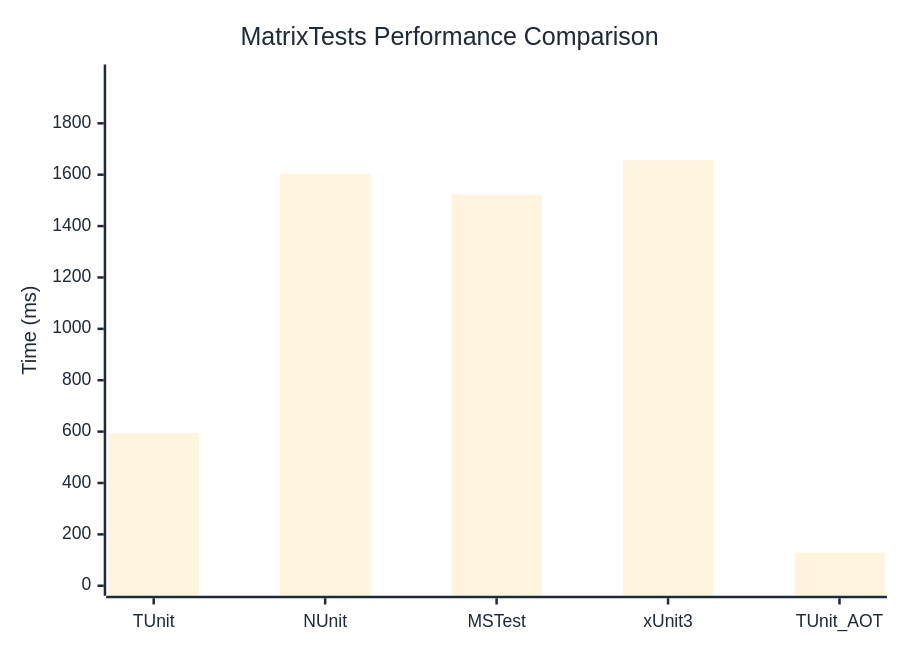
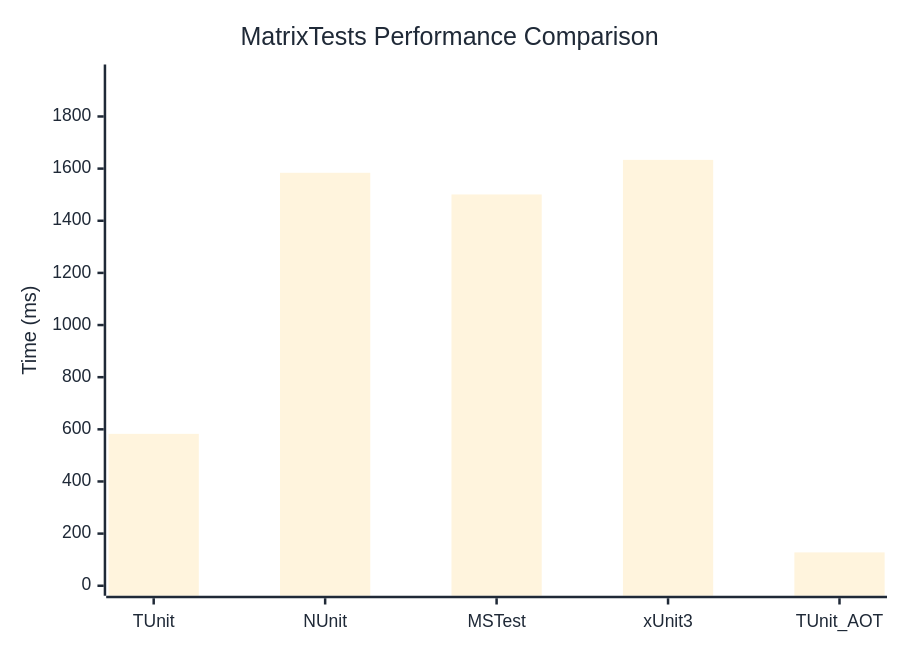
One commit to weiyilai/TUnit changed the diagram in docs/docs/benchmarks/MatrixTests.md. Above: the diagram before and after it, drawn with Mermaid. The commit also changed other lines of this file and 17 other files, not shown here.

````diff
--- a/docs/docs/benchmarks/MatrixTests.md
+++ b/docs/docs/benchmarks/MatrixTests.md
@@ -27,37 +27,37 @@
 ```mermaid
 %%{init: {
   'theme':'base',
   'themeVariables': {
     'primaryColor': '#2563eb',
     'primaryTextColor': '#1f2937',
     'primaryBorderColor': '#1e40af',
     'lineColor': '#6b7280',
     'secondaryColor': '#7c3aed',
     'tertiaryColor': '#dc2626',
     'background': '#ffffff',
     'mainBkg': '#2563eb',
     'secondBkg': '#7c3aed',
     'tertiaryBkg': '#dc2626',
     'clusterBkg': '#f3f4f6',
     'edgeLabelBackground': '#ffffff',
     'tertiaryTextColor': '#1f2937',
     'pie1': '#2563eb',
     'pie2': '#7c3aed',
     'pie3': '#dc2626',
     'pie4': '#f59e0b',
     'pie5': '#10b981',
     'pie6': '#06b6d4',
     'pie7': '#ec4899',
     'pie8': '#6366f1',
     'pie9': '#84cc16',
     'pie10': '#f97316',
     'pie11': '#14b8a6',
     'pie12': '#a855f7'
   }
 }}%%
 xychart-beta
   title "MatrixTests Performance Comparison"
   x-axis ["TUnit", "NUnit", "MSTest", "xUnit3", "TUnit_AOT"]
-  y-axis "Time (ms)" 0 --> 1990
-  bar [593.1, 1603.5, 1522.6, 1657.6, 128.3]
+  y-axis "Time (ms)" 0 --> 1961
+  bar [582.6, 1584, 1500.9, 1633.5, 128]
 ```
````
